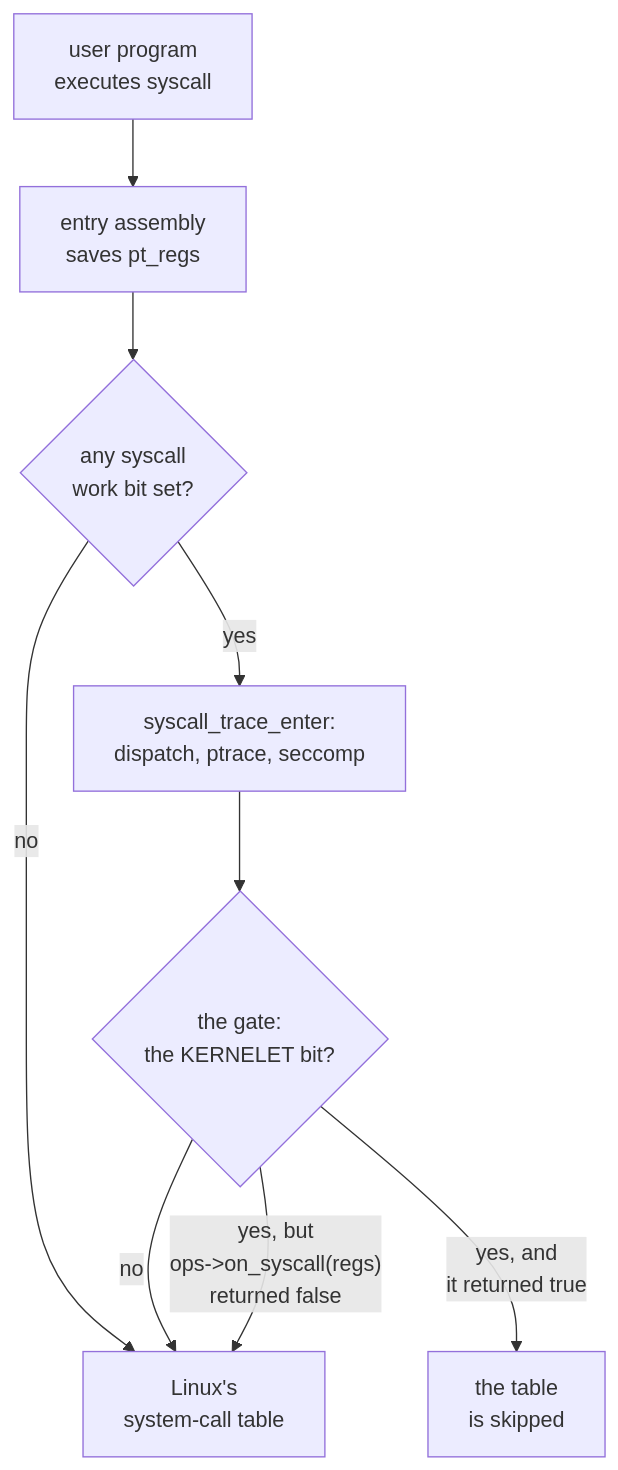
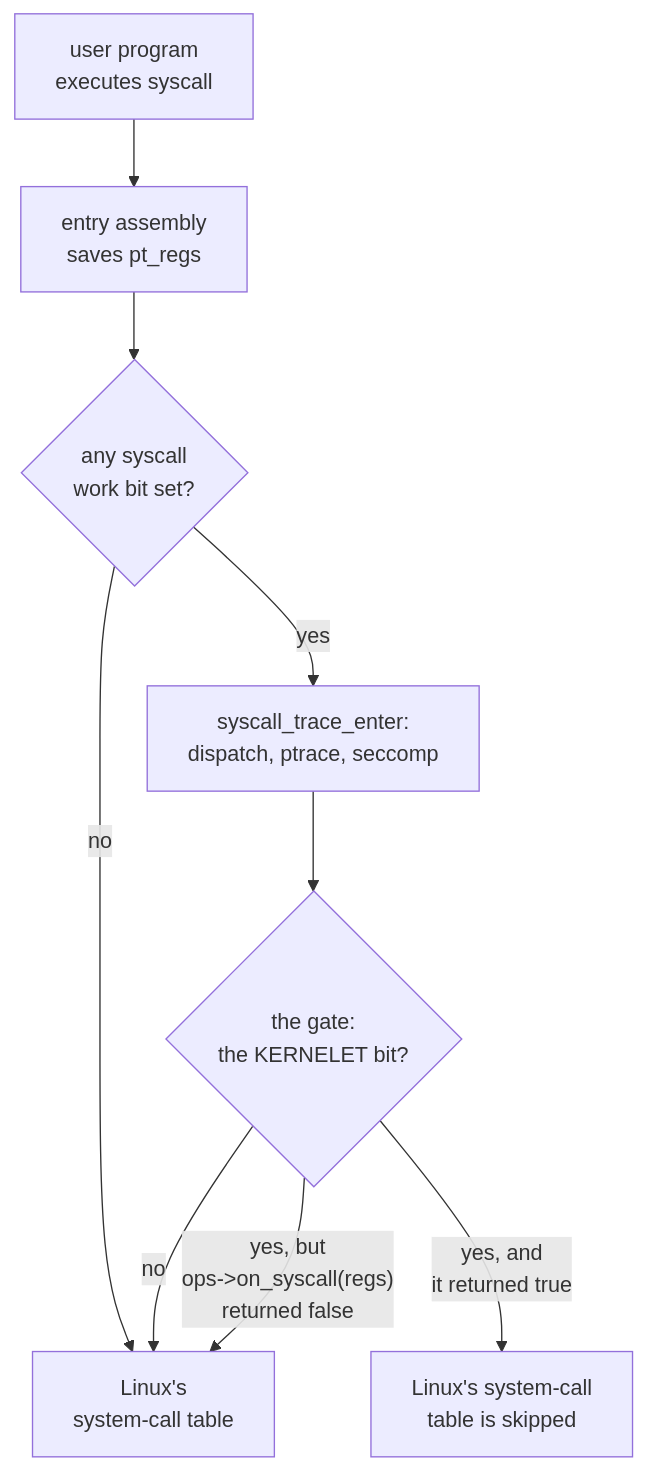
The first of 2 diagrams in src/the-gate.md (Plucky923/kernelet), drawn with Mermaid before and after one commit.

Commit message:
Chapter 4, way-in figure: "the table is skipped" names the table
The last box of the way-in figure read "the table is skipped", which
leaned on the reader remembering the node "Linux's system-call table"
across the figure. It now reads "Linux's system-call table is skipped",
at the owner's request.

Verified: tools/check.py prints "check: OK" (15 pages, 37 links, 118
code references, 3 verbatim blocks, 14 figures); mdbook build exits 0;
the page rendered with both Mermaid blocks and the box's two lines fit.

````diff
--- a/src/the-gate.md
+++ b/src/the-gate.md
@@ -25,11 +25,11 @@
 ```mermaid
 flowchart TB
     u["user program<br/>executes syscall"] --> e["entry assembly<br/>saves pt_regs"]
     e --> w{"any syscall<br/>work bit set?"}
     w -- no --> t["Linux's<br/>system-call table"]
     w -- yes --> s["syscall_trace_enter:<br/>dispatch, ptrace, seccomp"]
     s --> g{"the gate:<br/>the KERNELET bit?"}
     g -- no --> t
     g -- "yes, but<br/>ops->on_syscall(regs)<br/>returned false" --> t
-    g -- "yes, and<br/>it returned true" --> x["the table<br/>is skipped"]
+    g -- "yes, and<br/>it returned true" --> x["Linux's system-call<br/>table is skipped"]
 ```
````
